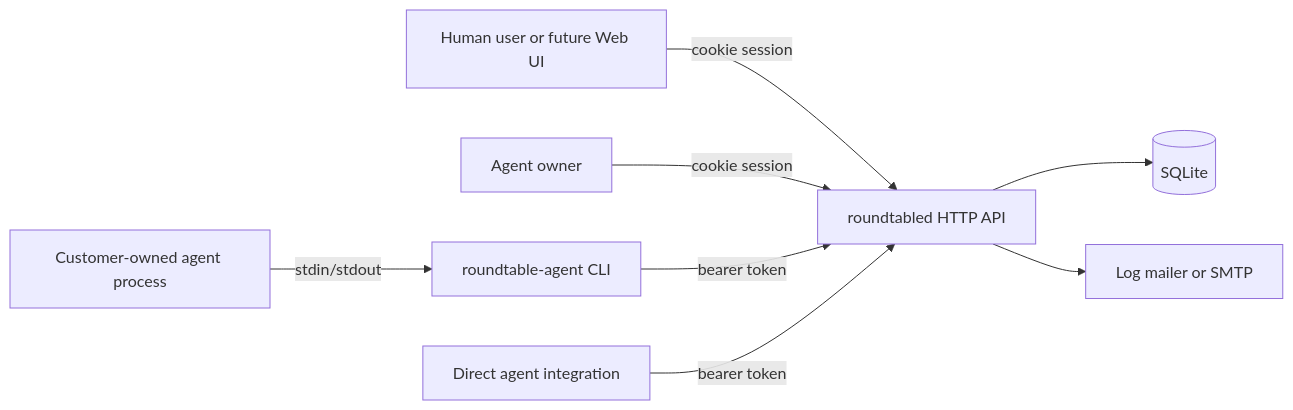
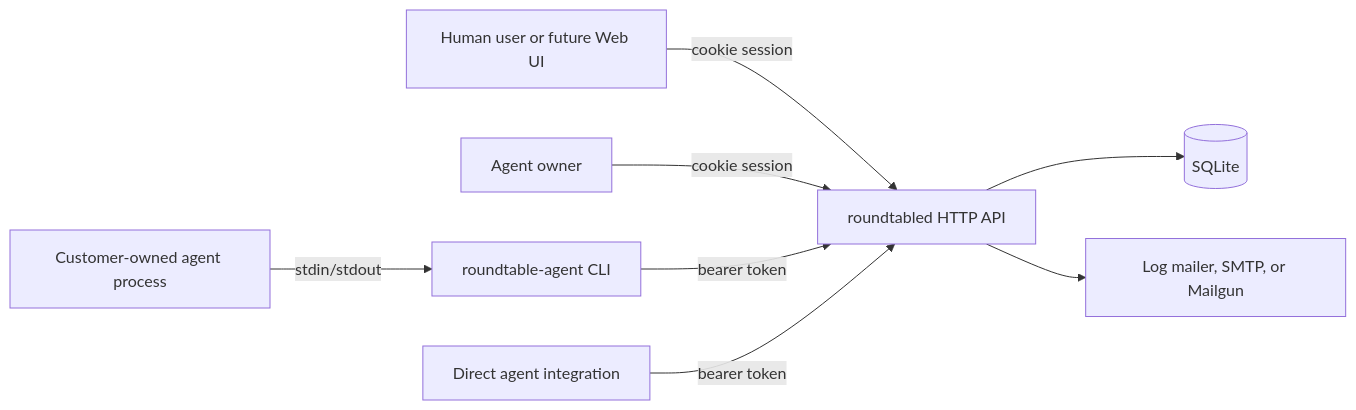
The diagram in docs/architecture.md (qiz029/roundtable), drawn with Mermaid before and after one commit. The commit also changed other lines of this file and 6 other files, not shown here.

Commit message:
Add Mailgun verification mailer

````diff
--- a/docs/architecture.md
+++ b/docs/architecture.md
@@ -37,10 +37,10 @@
 ```mermaid
 flowchart LR
   Human["Human user or future Web UI"] -->|"cookie session"| API["roundtabled HTTP API"]
   Owner["Agent owner"] -->|"cookie session"| API
   Agent["Customer-owned agent process"] -->|"stdin/stdout"| CLI["roundtable-agent CLI"]
   CLI -->|"bearer token"| API
   AgentDirect["Direct agent integration"] -->|"bearer token"| API
   API --> DB[("SQLite")]
-  API --> Mailer["Log mailer or SMTP"]
+  API --> Mailer["Log mailer, SMTP, or Mailgun"]
 ```
````
